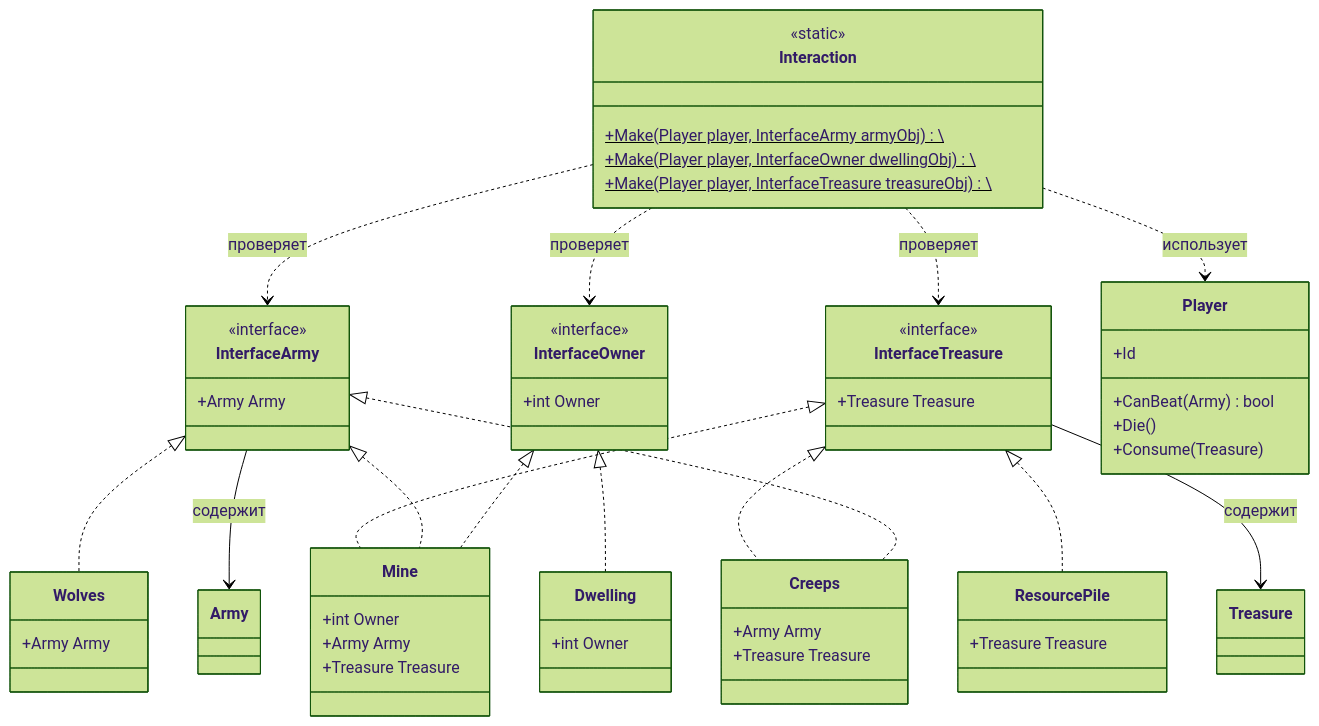
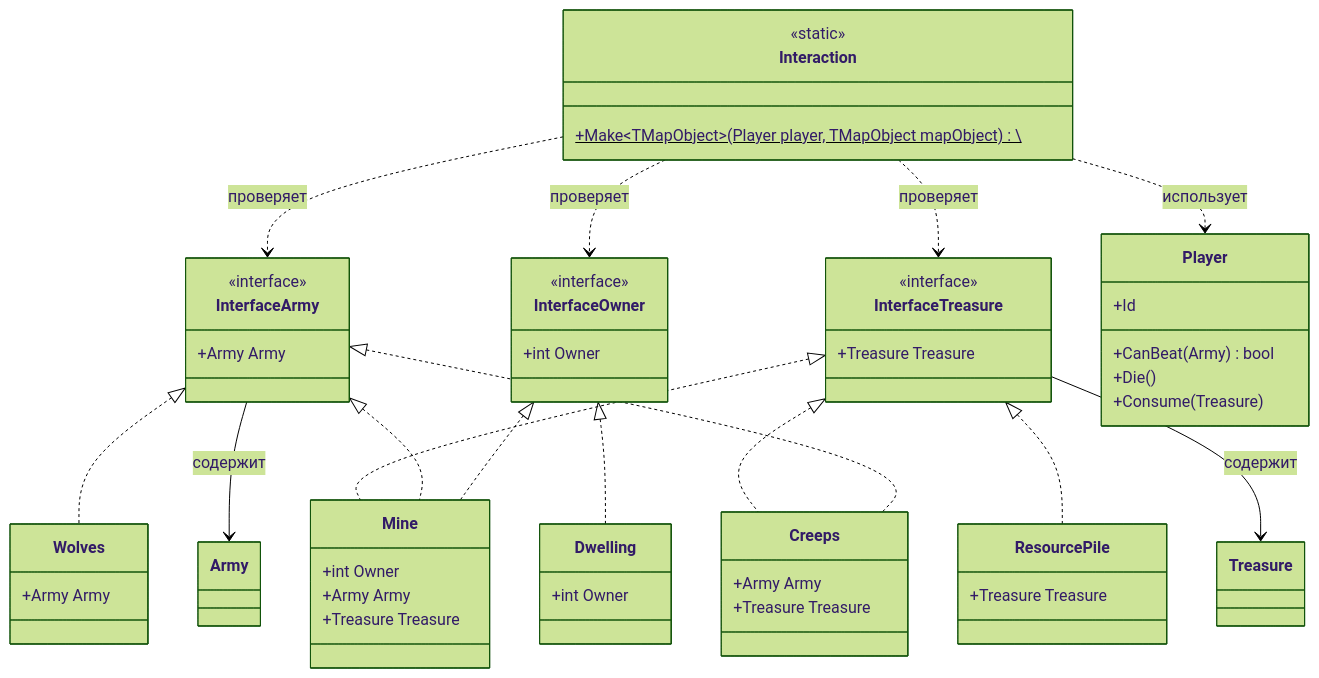
The diagram in homm.md (Du2Vi-lab/Ulearn-Tasks), drawn with Mermaid (forest theme) before and after one commit.

````diff
--- a/homm.md
+++ b/homm.md
@@ -12,74 +12,65 @@
 ```mermaid
 classDiagram
-    %% Интерфейсы
     class InterfaceOwner {
         <<interface>>
         +int Owner
     }
     class InterfaceArmy {
         <<interface>>
         +Army Army
     }
     class InterfaceTreasure {
         <<interface>>
         +Treasure Treasure
     }
 
-    %% Классы карты
     class Dwelling {
         +int Owner
     }
     class Mine {
         +int Owner
         +Army Army
         +Treasure Treasure
     }
     class Creeps {
         +Army Army
         +Treasure Treasure
     }
     class Wolves {
         +Army Army
     }
     class ResourcePile {
         +Treasure Treasure
     }
 
-    %% Реализация интерфейсов
     InterfaceOwner <|.. Dwelling
     InterfaceOwner <|.. Mine
     InterfaceArmy <|.. Mine
     InterfaceTreasure <|.. Mine
     InterfaceArmy <|.. Creeps
     InterfaceTreasure <|.. Creeps
     InterfaceArmy <|.. Wolves
     InterfaceTreasure <|.. ResourcePile
 
-    %% Внешние сущности (типы данных)
     class Army
     class Treasure
     class Player {
         +Id
         +CanBeat(Army) bool
         +Die()
         +Consume(Treasure)
     }
 
-    %% Ассоциации свойств
     InterfaceArmy --> Army : содержит
     InterfaceTreasure --> Treasure : содержит
 
-    %% Статический класс логики
     class Interaction {
         <<static>>
-        +Make(Player player, InterfaceArmy armyObj)\$
-        +Make(Player player, InterfaceOwner dwellingObj)\$
-        +Make(Player player, InterfaceTreasure treasureObj)\$
+        +Make~TMapObject~(Player player, TMapObject mapObject)\$
     }
 
-    %% Зависимости метода Make
     Interaction ..> Player : использует
     Interaction ..> InterfaceArmy : проверяет
     Interaction ..> InterfaceOwner : проверяет
     Interaction ..> InterfaceTreasure : проверяет
 ```
````
